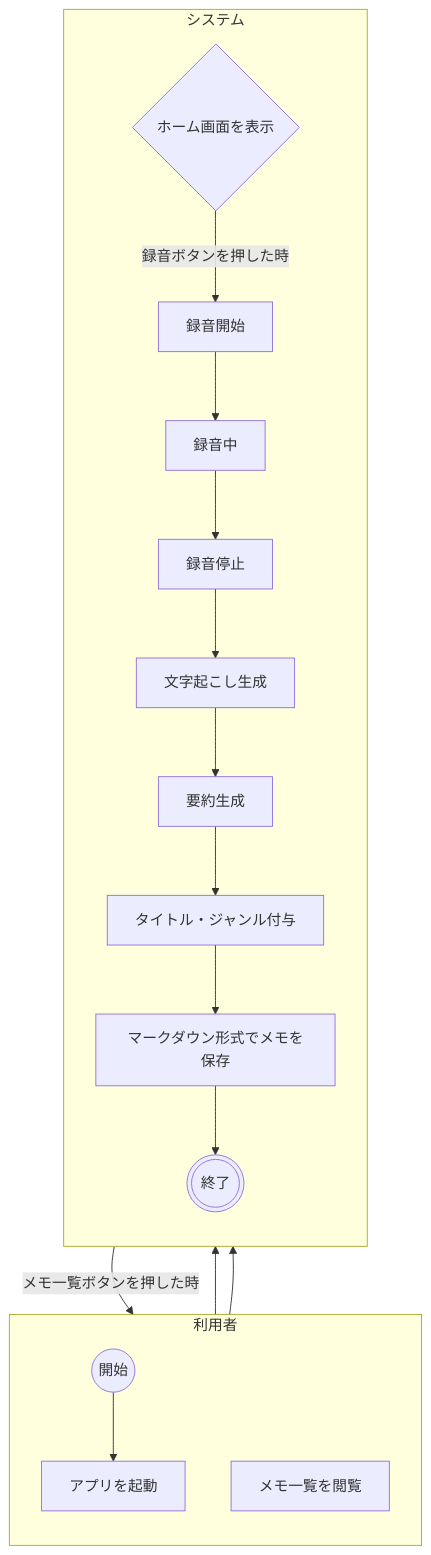
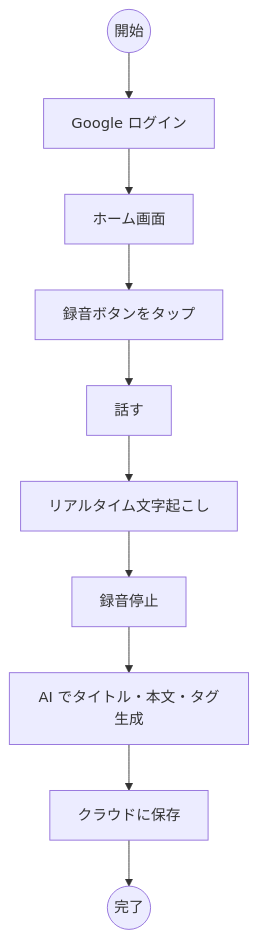
The first of 2 diagrams in src/Voicememo-activity.md (assari-harassment/voicebooklm-docs), drawn with Mermaid before and after one commit. The commit also changed other lines of this file and 1 other file, not shown here.

Commit message:
アクティビティ図とユースケース図をシンプルに変更

````diff
--- a/src/Voicememo-activity.md
+++ b/src/Voicememo-activity.md
@@ -1,55 +5,13 @@
 ```mermaid
-%% グラフの方向を上から下へ指定
 flowchart TD
-
-    %% スイムレーン：利用者
-    subgraph User [利用者]
-        direction TB
-        Start((開始))
-        Launch[アプリを起動]
-        MemoView[メモ一覧を閲覧]
-    end
-
-    %% スイムレーン：システム
-    subgraph System [システム]
-        direction TB
-        
-        %% 条件分岐（ひし形）
-        Branch{ホーム画面を表示}
-        
-        RecStart[録音開始]
-        RecIng[録音中]
-        RecStop[録音停止]
-        Transcribe[文字起こし生成]
-        Summarize[要約生成]
-        AddTitle[タイトル・ジャンル付与]
-        SaveMarkdown[マークダウン形式でメモを保存]
-        
-        End(((終了)))
-    end
-
-    %% 処理の流れ（フロー）の定義
-    
-    %% 開始 -> アプリ起動 -> ホーム画面表示
-    Start --> Launch
-    Launch --> Branch
-
-    %% 分岐処理
-    %% ケース1：メモ一覧ボタンを押した時（利用者側へ遷移）
-    Branch -- "メモ一覧ボタンを押した時" --> MemoView
-    
-    %% ケース2：録音ボタンを押した時（システム側で処理継続）
-    Branch -- "録音ボタンを押した時" --> RecStart
-
-    %% 録音フロー
-    RecStart --> RecIng
-    RecIng --> RecStop
-    RecStop --> Transcribe
-    Transcribe --> Summarize
-    Summarize --> AddTitle
-    AddTitle --> SaveMarkdown
-
-    %% 終了処理への合流
-    MemoView --> End
-    SaveMarkdown --> End
+    Start((開始))
+    Start --> Login[Google ログイン]
+    Login --> Home[ホーム画面]
+    Home --> Record[録音ボタンをタップ]
+    Record --> Speaking[話す]
+    Speaking --> Transcribe[リアルタイム文字起こし]
+    Transcribe --> Stop[録音停止]
+    Stop --> AI[AI でタイトル・本文・タグ生成]
+    AI --> Save[クラウドに保存]
+    Save --> Done((完了))
 ```
````
